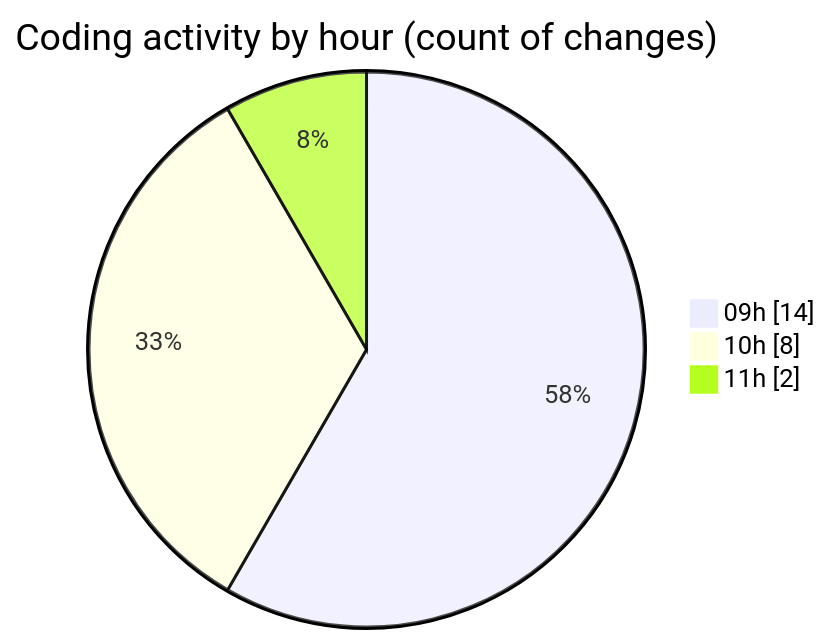
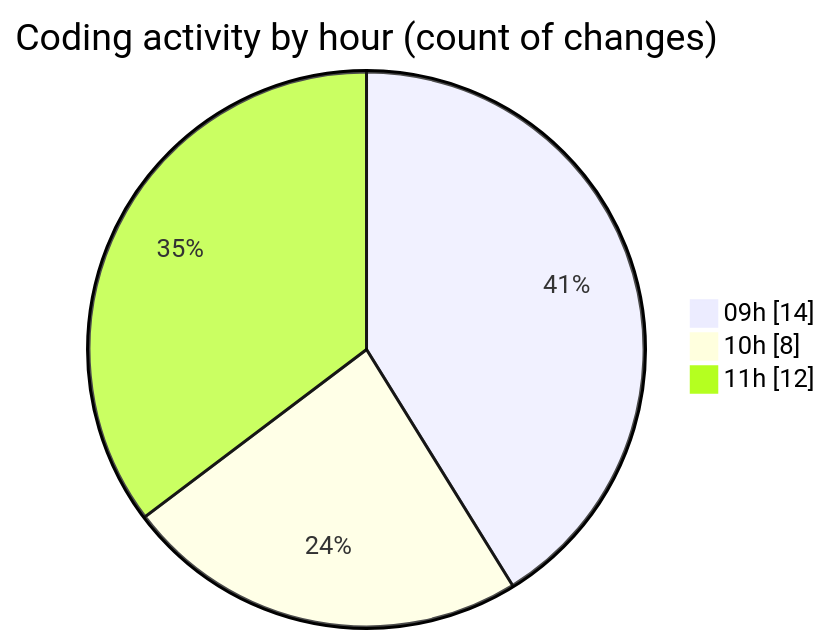
Before and after one commit to momahboobian/code-tracking: the second of 2 diagrams in 2025-02-07/cda/README.md, drawn with Mermaid. The commit also changed other lines of this file and 1 other file, not shown here.

````diff
--- a/2025-02-07/cda/README.md
+++ b/2025-02-07/cda/README.md
@@ -40,7 +42,7 @@
 ```mermaid
 pie showData
 title Coding activity by hour (count of changes)
 "09h" : 14
 "10h" : 8
-"11h" : 2
+"11h" : 12
 ```
````
